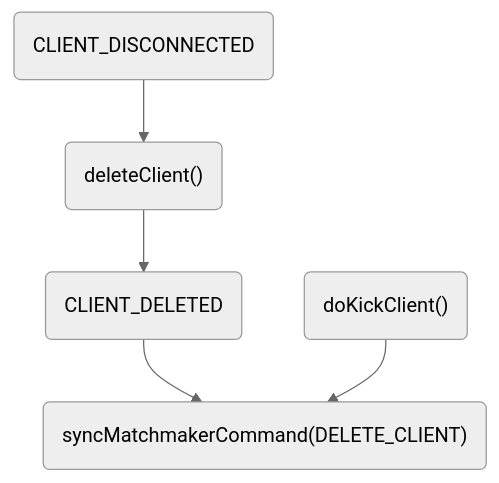
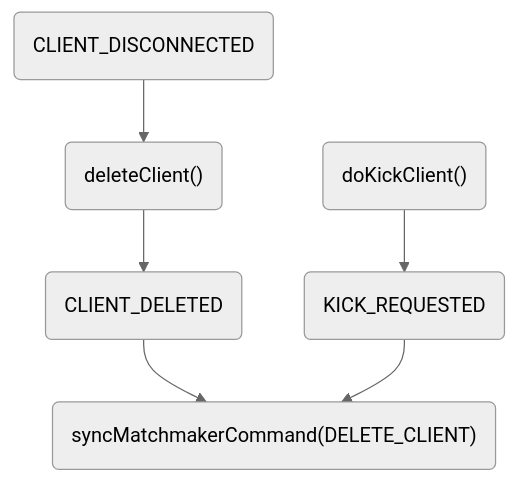
Before and after one commit to OMGSERVERS/omgservers: the diagram in omgservers-documentation/src/DeleteClient.md, drawn with Mermaid (neutral theme). The commit also changed 18 other files, not shown here.

Commit message:
Added kick client lua api

````diff
--- a/omgservers-documentation/src/DeleteClient.md
+++ b/omgservers-documentation/src/DeleteClient.md
@@ -3,9 +3,10 @@
 ```mermaid
 graph TD;
 
 ClientDisconnected(CLIENT_DISCONNECTED) --> deleteClient("deleteClient()")
 deleteClient("deleteClient()") --> ClientDeleted(CLIENT_DELETED)
 ClientDeleted(CLIENT_DELETED) --> syncMatchmakerCommand("syncMatchmakerCommand(DELETE_CLIENT)")
-doKickClient("doKickClient()") --> syncMatchmakerCommand("syncMatchmakerCommand(DELETE_CLIENT)")
+doKickClient("doKickClient()") --> KickRequested(KICK_REQUESTED)
+KickRequested(KICK_REQUESTED) --> syncMatchmakerCommand("syncMatchmakerCommand(DELETE_CLIENT)")
 
 ```
````
